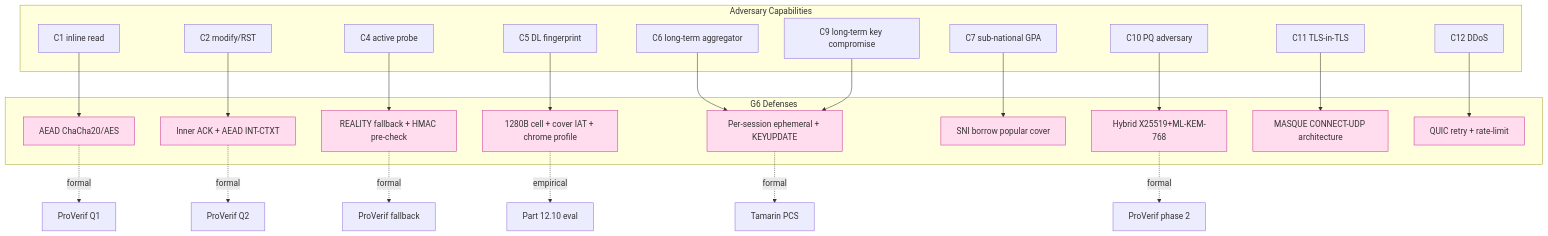
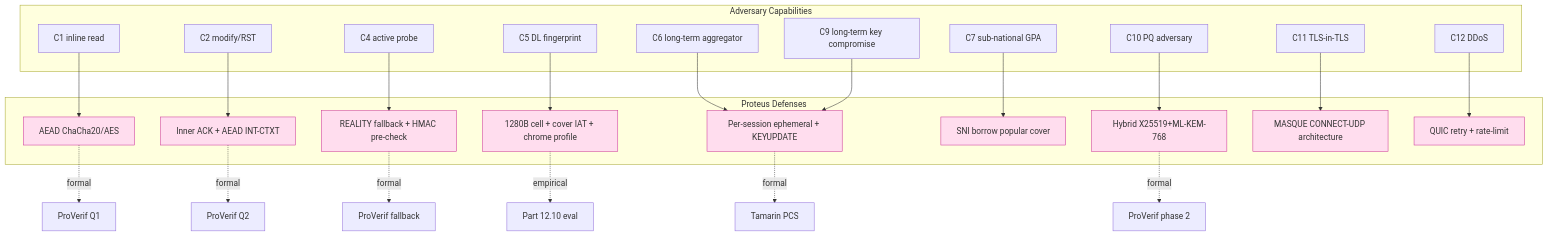
One commit to Icarus603/network-from-scratch changed the diagram in lessons/part-11-design/11.12-design-review.md. Above: the diagram before and after it, drawn with Mermaid. The commit also changed other lines of this file and 300 other files, not shown here.

````diff
--- a/lessons/part-11-design/11.12-design-review.md
+++ b/lessons/part-11-design/11.12-design-review.md
@@ -216,47 +216,47 @@
 ```mermaid
 flowchart TD
   subgraph Adv["Adversary Capabilities"]
     C1[C1 inline read]
     C2[C2 modify/RST]
     C4[C4 active probe]
     C5[C5 DL fingerprint]
     C6[C6 long-term aggregator]
     C7[C7 sub-national GPA]
     C9[C9 long-term key compromise]
     C10[C10 PQ adversary]
     C11[C11 TLS-in-TLS]
     C12[C12 DDoS]
   end
 
-  subgraph Def["G6 Defenses"]
+  subgraph Def["Proteus Defenses"]
     D1[AEAD ChaCha20/AES]
     D2[Inner ACK + AEAD INT-CTXT]
     D3[REALITY fallback + HMAC pre-check]
     D4[1280B cell + cover IAT + chrome profile]
     D5[Per-session ephemeral + KEYUPDATE]
     D6[SNI borrow popular cover]
     D7[Hybrid X25519+ML-KEM-768]
     D8[MASQUE CONNECT-UDP architecture]
     D9[QUIC retry + rate-limit]
   end
 
   C1 --> D1
   C2 --> D2
   C4 --> D3
   C5 --> D4
   C6 --> D5
   C7 --> D6
   C9 --> D5
   C10 --> D7
   C11 --> D8
   C12 --> D9
 
   D1 -.formal.-> P1[ProVerif Q1]
   D2 -.formal.-> P2[ProVerif Q2]
   D3 -.formal.-> P3[ProVerif fallback]
   D5 -.formal.-> P4[Tamarin PCS]
   D7 -.formal.-> P5[ProVerif phase 2]
   D4 -.empirical.-> E1[Part 12.10 eval]
   classDef ours fill:#fde,stroke:#c39
   class D1,D2,D3,D4,D5,D6,D7,D8,D9 ours
 ```
````
